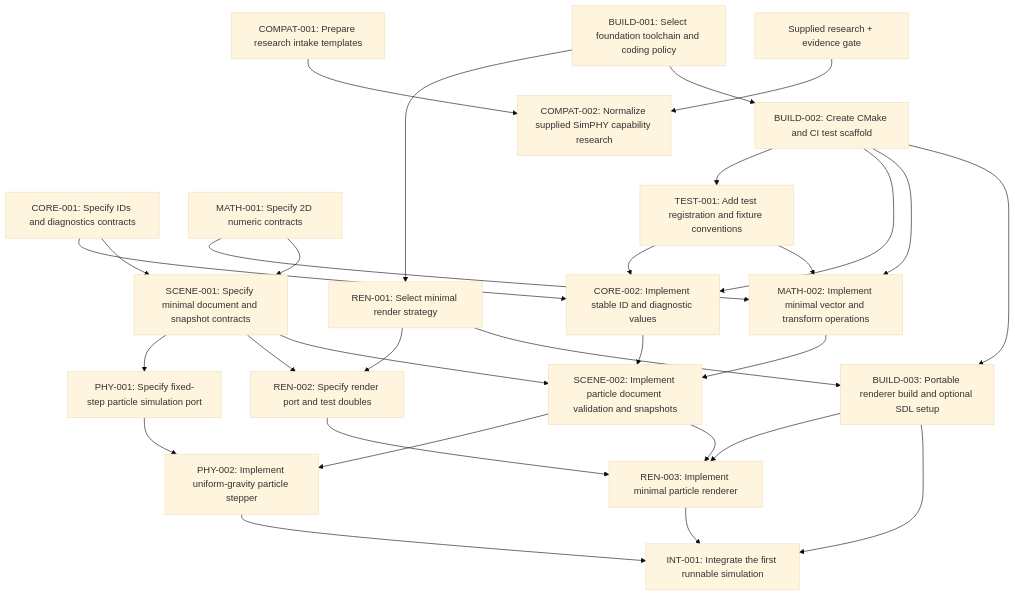
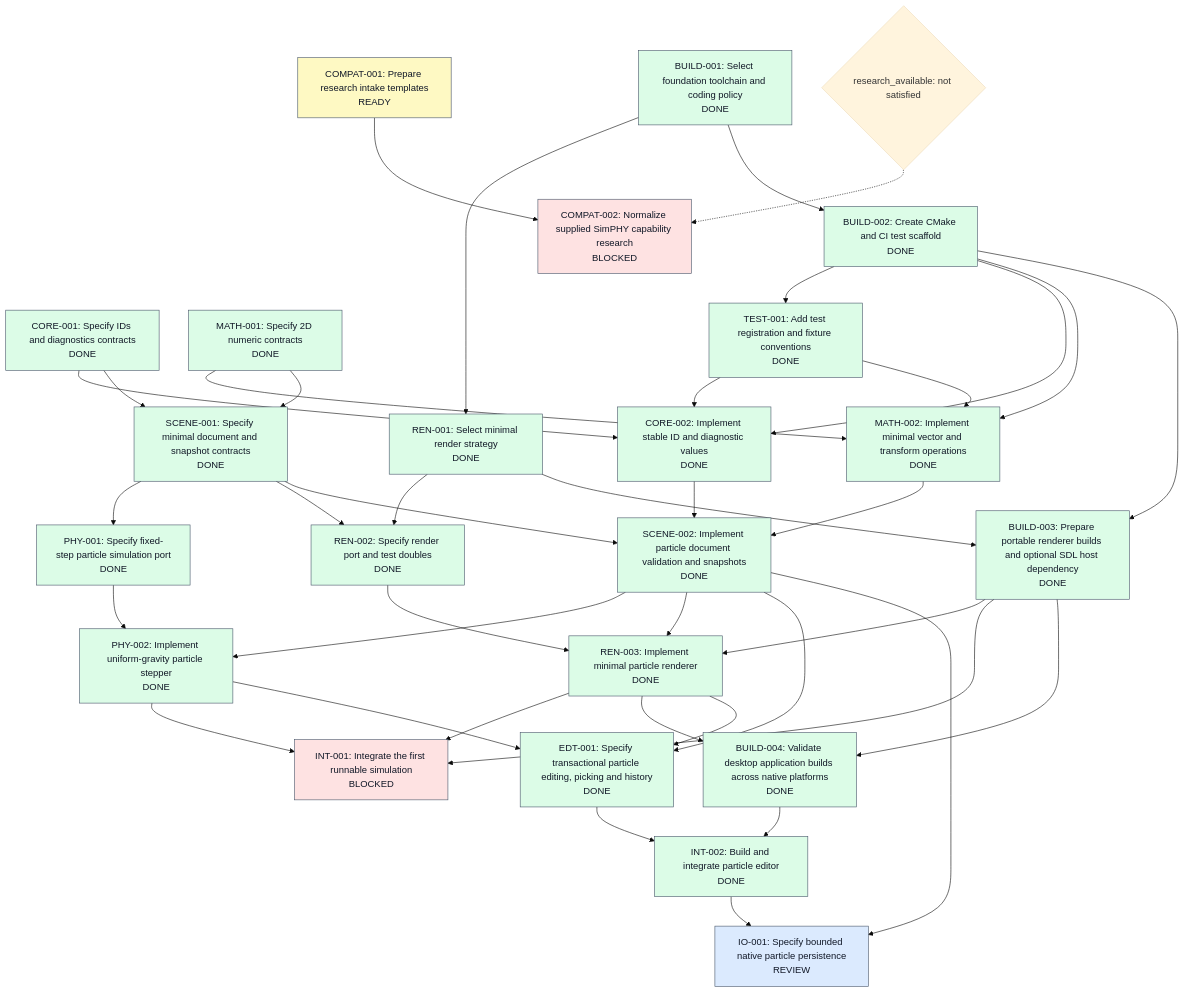
Before and after one commit to JnJarvis/open-simphy: the first of 2 diagrams in tasks/graph.md, drawn with Mermaid (base theme). The commit also changed other lines of this file and 3 other files, not shown here.

Commit message:
Refresh dependency chart and submit native persistence contract for review

````diff
--- a/tasks/graph.md
+++ b/tasks/graph.md
@@ -14,50 +14,73 @@
 ```mermaid
 flowchart TD
+  BUILD_001["BUILD-001: Select foundation toolchain and coding policy<br/>DONE"]
+  CORE_001["CORE-001: Specify IDs and diagnostics contracts<br/>DONE"]
+  MATH_001["MATH-001: Specify 2D numeric contracts<br/>DONE"]
+  REN_001["REN-001: Select minimal render strategy<br/>DONE"]
+  COMPAT_001["COMPAT-001: Prepare research intake templates<br/>READY"]
+  BUILD_002["BUILD-002: Create CMake and CI test scaffold<br/>DONE"]
+  TEST_001["TEST-001: Add test registration and fixture conventions<br/>DONE"]
+  CORE_002["CORE-002: Implement stable ID and diagnostic values<br/>DONE"]
+  MATH_002["MATH-002: Implement minimal vector and transform operations<br/>DONE"]
+  SCENE_001["SCENE-001: Specify minimal document and snapshot contracts<br/>DONE"]
+  PHY_001["PHY-001: Specify fixed-step particle simulation port<br/>DONE"]
+  REN_002["REN-002: Specify render port and test doubles<br/>DONE"]
+  SCENE_002["SCENE-002: Implement particle document validation and snapshots<br/>DONE"]
+  PHY_002["PHY-002: Implement uniform-gravity particle stepper<br/>DONE"]
+  REN_003["REN-003: Implement minimal particle renderer<br/>DONE"]
+  INT_001["INT-001: Integrate the first runnable simulation<br/>BLOCKED"]
+  COMPAT_002["COMPAT-002: Normalize supplied SimPHY capability research<br/>BLOCKED"]
+  BUILD_003["BUILD-003: Prepare portable renderer builds and optional SDL host dependency<br/>DONE"]
+  BUILD_004["BUILD-004: Validate desktop application builds across native platforms<br/>DONE"]
+  EDT_001["EDT-001: Specify transactional particle editing, picking and history<br/>DONE"]
+  INT_002["INT-002: Build and integrate particle editor<br/>DONE"]
+  IO_001["IO-001: Specify bounded native particle persistence<br/>REVIEW"]
   BUILD_001 --> REN_001
-  BUILD_001["BUILD-001: Select foundation toolchain and coding policy"]
-  CORE_001["CORE-001: Specify IDs and diagnostics contracts"]
-  MATH_001["MATH-001: Specify 2D numeric contracts"]
-  REN_001["REN-001: Select minimal render strategy"]
-  COMPAT_001["COMPAT-001: Prepare research intake templates"]
-  BUILD_002["BUILD-002: Create CMake and CI test scaffold"]
   BUILD_001 --> BUILD_002
-  TEST_001["TEST-001: Add test registration and fixture conventions"]
   BUILD_002 --> TEST_001
-  CORE_002["CORE-002: Implement stable ID and diagnostic values"]
   CORE_001 --> CORE_002
   BUILD_002 --> CORE_002
   TEST_001 --> CORE_002
-  MATH_002["MATH-002: Implement minimal vector and transform operations"]
   MATH_001 --> MATH_002
   BUILD_002 --> MATH_002
   TEST_001 --> MATH_002
-  SCENE_001["SCENE-001: Specify minimal document and snapshot contracts"]
   CORE_001 --> SCENE_001
   MATH_001 --> SCENE_001
-  PHY_001["PHY-001: Specify fixed-step particle simulation port"]
   SCENE_001 --> PHY_001
-  REN_002["REN-002: Specify render port and test doubles"]
   SCENE_001 --> REN_002
   REN_001 --> REN_002
-  SCENE_002["SCENE-002: Implement particle document validation and snapshots"]
   SCENE_001 --> SCENE_002
   CORE_002 --> SCENE_002
   MATH_002 --> SCENE_002
-  PHY_002["PHY-002: Implement uniform-gravity particle stepper"]
   PHY_001 --> PHY_002
   SCENE_002 --> PHY_002
-  REN_003["REN-003: Implement minimal particle renderer"]
-  BUILD_003["BUILD-003: Portable renderer build and optional SDL setup"]
+  REN_002 --> REN_003
+  SCENE_002 --> REN_003
+  BUILD_003 --> REN_003
+  PHY_002 --> INT_001
+  REN_003 --> INT_001
+  BUILD_003 --> INT_001
+  COMPAT_001 --> COMPAT_002
   BUILD_002 --> BUILD_003
   REN_001 --> BUILD_003
-  BUILD_003 --> REN_003
-  BUILD_003 --> INT_001
-  REN_002 --> REN_003
-  SCENE_002 --> REN_003
-  INT_001["INT-001: Integrate the first runnable simulation"]
-  PHY_002 --> INT_001
-  REN_003 --> INT_001
-  COMPAT_002["COMPAT-002: Normalize supplied SimPHY capability research"]
-  COMPAT_001 --> COMPAT_002
-  research["Supplied research + evidence gate"] --> COMPAT_002
+  BUILD_003 --> BUILD_004
+  REN_003 --> BUILD_004
+  SCENE_002 --> EDT_001
+  REN_003 --> EDT_001
+  PHY_002 --> EDT_001
+  EDT_001 --> INT_002
+  BUILD_004 --> INT_002
+  SCENE_002 --> IO_001
+  INT_002 --> IO_001
+  gate_research_available{"research_available: not satisfied"}
+  gate_research_available -.-> COMPAT_002
+  classDef DONE fill:#dcfce7,stroke:#475569,color:#111827
+  class BUILD_001,CORE_001,MATH_001,REN_001,BUILD_002,TEST_001,CORE_002,MATH_002,SCENE_001,PHY_001,REN_002,SCENE_002,PHY_002,REN_003,BUILD_003,BUILD_004,EDT_001,INT_002 DONE
+  classDef REVIEW fill:#dbeafe,stroke:#475569,color:#111827
+  class IO_001 REVIEW
+  classDef READY fill:#fef9c3,stroke:#475569,color:#111827
+  class COMPAT_001 READY
+  classDef BLOCKED fill:#fee2e2,stroke:#475569,color:#111827
+  class INT_001,COMPAT_002 BLOCKED
+  classDef IN_PROGRESS fill:#ede9fe,stroke:#475569,color:#111827
 ```
````
